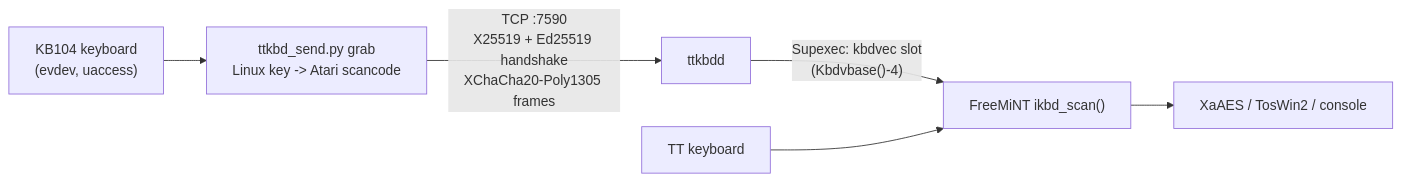
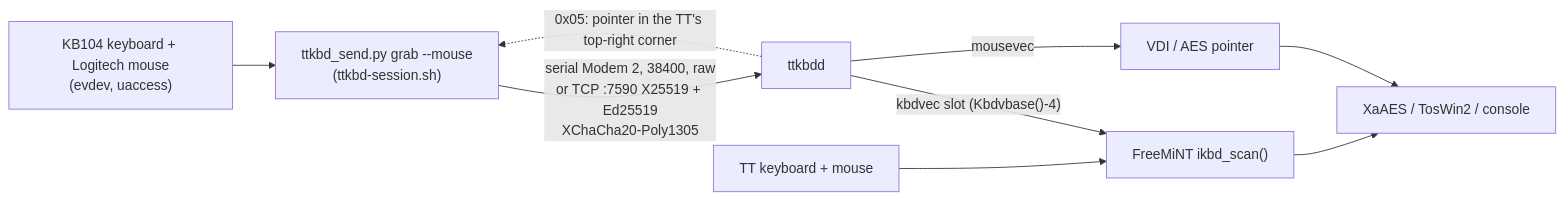
Before and after one commit to rchennau/sam-atari-tt030: the second of 2 diagrams in README.md, drawn with Mermaid. The commit also changed other lines of this file and 1 other file, not shown here.

Commit message:
docs: sam-kbd-tt keyboard + mouse working live (operator-confirmed); README flowchart and state table updated
Claude-Session: https://claude.ai/code/session_01LD1cx8Kf7LV2ivfyPF8SrV

````diff
--- a/README.md
+++ b/README.md
@@ -141,8 +141,11 @@
 ```mermaid
 flowchart LR
-    K["KB104 keyboard<br/>(evdev, uaccess)"] --> SND["ttkbd_send.py grab<br/>Linux key -> Atari scancode"]
-    SND -->|"TCP :7590<br/>X25519 + Ed25519 handshake<br/>XChaCha20-Poly1305 frames"| D["ttkbdd"]
-    D -->|"Supexec: kbdvec slot<br/>(Kbdvbase()-4)"| KB["FreeMiNT ikbd_scan()"]
-    TTK["TT keyboard"] --> KB
+    K["KB104 keyboard + Logitech mouse<br/>(evdev, uaccess)"] --> SND["ttkbd_send.py grab --mouse<br/>(ttkbd-session.sh)"]
+    SND -->|"serial Modem 2, 38400, raw<br/>or TCP :7590 X25519 + Ed25519<br/>XChaCha20-Poly1305"| D["ttkbdd"]
+    D -->|"kbdvec slot (Kbdvbase()-4)"| KB["FreeMiNT ikbd_scan()"]
+    D -->|"mousevec"| MS["VDI / AES pointer"]
+    TTK["TT keyboard + mouse"] --> KB
     KB --> APP["XaAES / TosWin2 / console"]
+    MS --> APP
+    D -.->|"0x05: pointer in the TT's top-right corner"| SND
 ```
````
